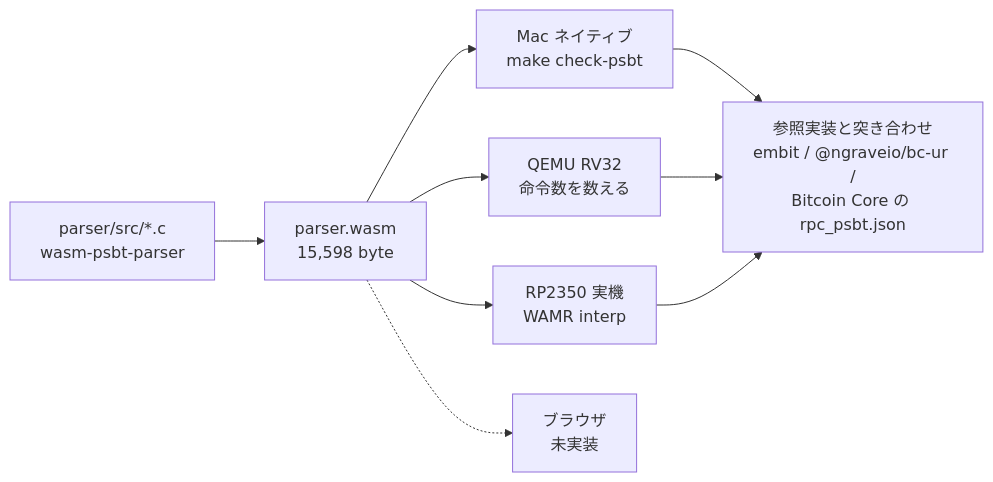
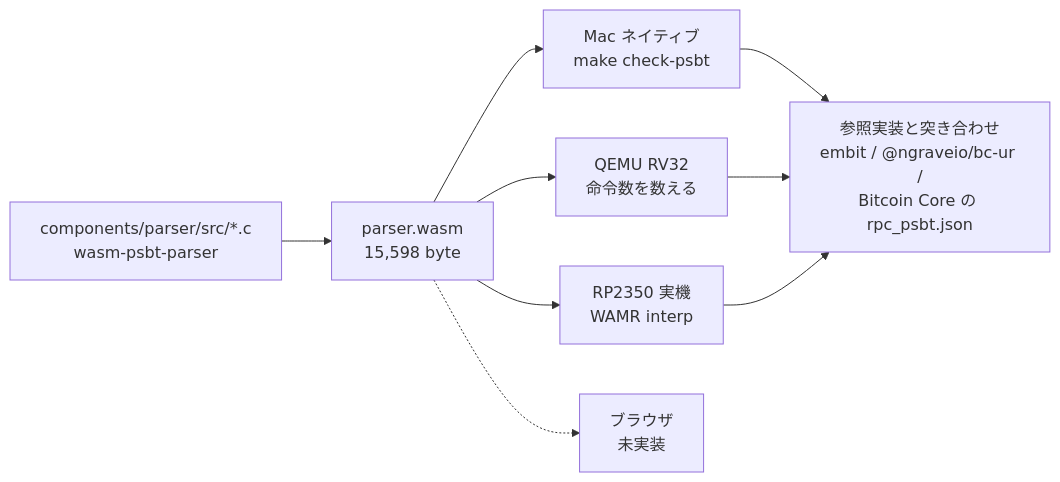
Before and after one commit to habakan/jitsu-in-pico: the third of 4 diagrams in docs/architecture.md, drawn with Mermaid. The commit also changed 74 other files, not shown here.

````diff
--- a/docs/architecture.md
+++ b/docs/architecture.md
@@ -91,11 +91,11 @@
 ```mermaid
 flowchart LR
-    src["parser/src/*.c<br/>wasm-psbt-parser"] --> wasm["parser.wasm<br/>15,598 byte"]
+    src["components/parser/src/*.c<br/>wasm-psbt-parser"] --> wasm["parser.wasm<br/>15,598 byte"]
     wasm --> mac["Mac ネイティブ<br/>make check-psbt"]
     wasm --> qemu["QEMU RV32<br/>命令数を数える"]
     wasm --> dev["RP2350 実機<br/>WAMR interp"]
     wasm -.-> browser["ブラウザ<br/>未実装"]
     mac --> ref["参照実装と突き合わせ<br/>embit / @ngraveio/bc-ur /<br/>Bitcoin Core の rpc_psbt.json"]
     qemu --> ref
     dev --> ref
 ```
````
